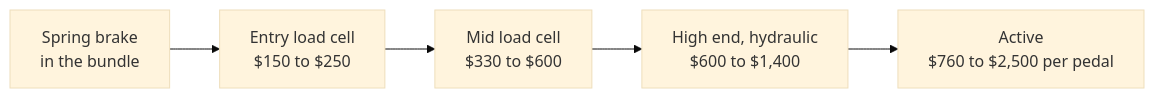
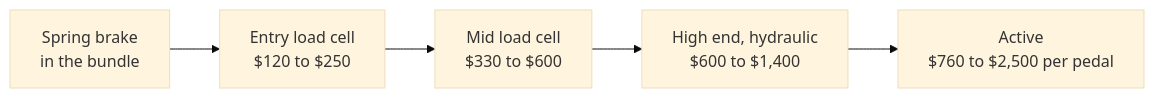
The diagram in docs/components/pedals.md (johnjp15/sim-racing-guide), drawn with Mermaid (base theme) before and after one commit. The commit also changed other lines of this file and 24 other files, not shown here.

````diff
--- a/docs/components/pedals.md
+++ b/docs/components/pedals.md
@@ -13,4 +13,4 @@
 ```mermaid
 flowchart LR
-    A[Spring brake<br>in the bundle] --> B[Entry load cell<br>$150 to $250] --> C[Mid load cell<br>$330 to $600] --> D[High end, hydraulic<br>$600 to $1,400] --> E[Active<br>$760 to $2,500 per pedal]
+    A[Spring brake<br>in the bundle] --> B[Entry load cell<br>$120 to $250] --> C[Mid load cell<br>$330 to $600] --> D[High end, hydraulic<br>$600 to $1,400] --> E[Active<br>$760 to $2,500 per pedal]
 ```
````
